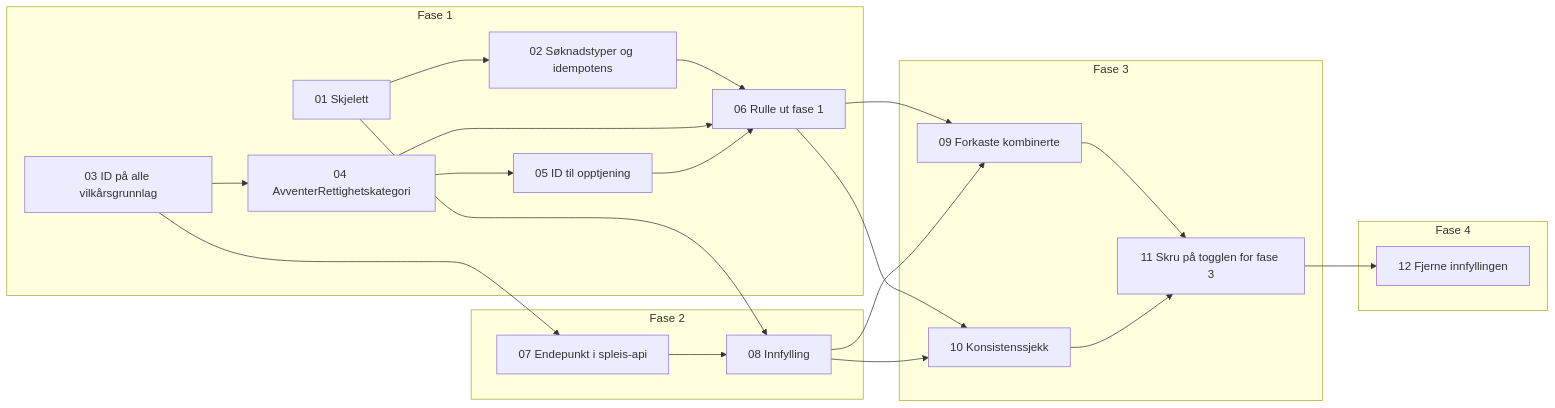
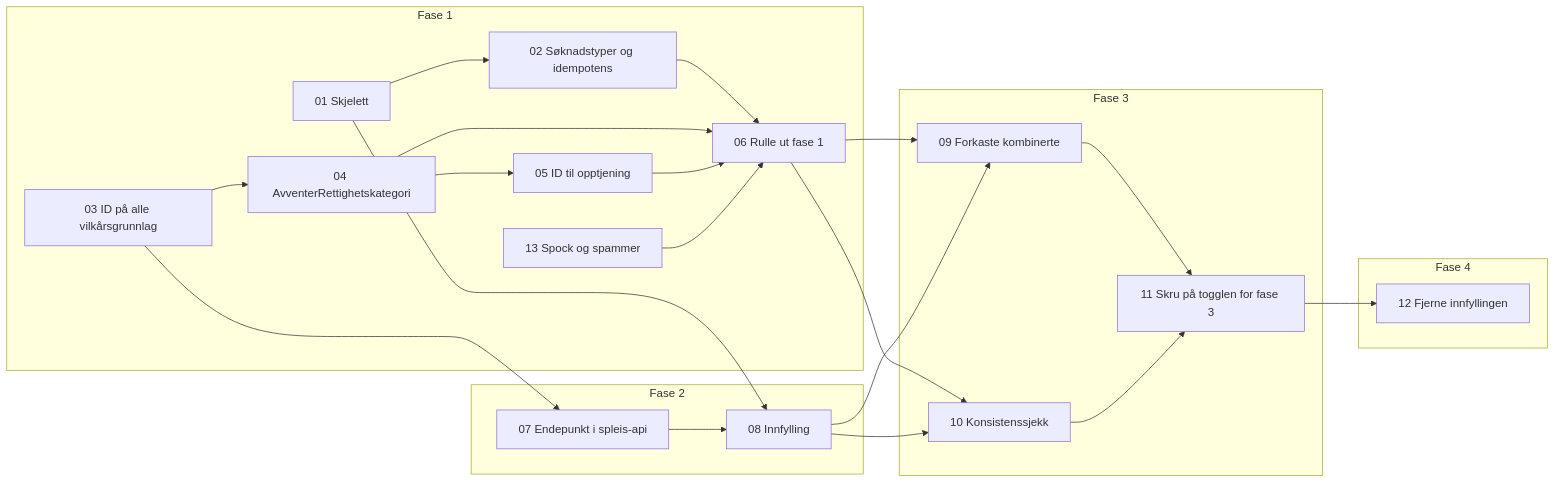
Before and after one commit to navikt/helse-sas-meta: the diagram in docs/tickets/avklare-rettighetskategori/index.md, drawn with Mermaid. The commit also changed other lines of this file and 4 other files, not shown here.

````diff
--- a/docs/tickets/avklare-rettighetskategori/index.md
+++ b/docs/tickets/avklare-rettighetskategori/index.md
@@ -20,28 +21,29 @@
 ```mermaid
 flowchart LR
     subgraph F1[Fase 1]
         T01[01 Skjelett] --> T02[02 Søknadstyper og idempotens]
         T03[03 ID på alle vilkårsgrunnlag] --> T04[04 AvventerRettighetskategori]
         T04 --> T05[05 ID til opptjening]
         T02 --> T06[06 Rulle ut fase 1]
         T04 --> T06
         T05 --> T06
+        T13[13 Spock og spammer] --> T06
     end
     subgraph F2[Fase 2]
         T07[07 Endepunkt i spleis-api] --> T08[08 Innfylling]
     end
     subgraph F3[Fase 3]
         T09[09 Forkaste kombinerte] --> T11[11 Skru på togglen for fase 3]
         T10[10 Konsistenssjekk] --> T11
     end
     subgraph F4[Fase 4]
         T12[12 Fjerne innfyllingen]
     end
     T03 --> T07
     T01 --> T08
     T06 --> T09
     T06 --> T10
     T08 --> T09
     T08 --> T10
     T11 --> T12
 ```
````
